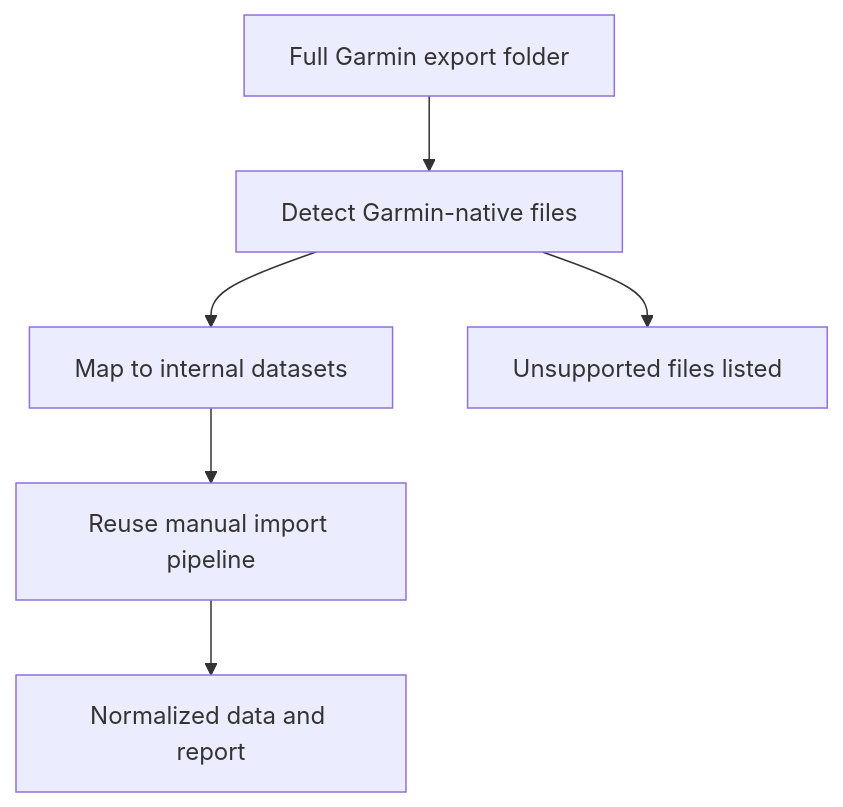
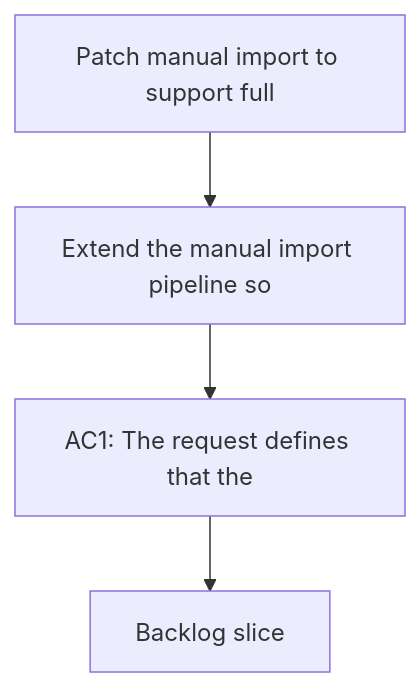
The diagram in logics/request/req_002_patch_manual_import_to_support_full_garmin_connect_export_shapes.md (Jilanos/Coach_garmin), drawn with Mermaid before and after one commit. The commit also changed other lines of this file and 86 other files, not shown here.

Commit message:
Harden chart UX and UTF-8 handling

````diff
--- a/logics/request/req_002_patch_manual_import_to_support_full_garmin_connect_export_shapes.md
+++ b/logics/request/req_002_patch_manual_import_to_support_full_garmin_connect_export_shapes.md
@@ -49,10 +49,8 @@
 ```mermaid
 %% logics-kind: request
-%% logics-signature: request|patch-manual-import-to-support-full-ga|full-garmin-export-folder-detected-->map-|ac1-the-request-defines-that-the-pa
+%% logics-signature: request|patch-manual-import-to-support-full-garm|extend-the-manual-import-pipeline-so|ac1-the-request-defines-that-the
 flowchart TD
-    Export[Full Garmin export folder] --> Detect[Detect Garmin-native files]
-    Detect --> Map[Map to internal datasets]
-    Map --> Import[Reuse manual import pipeline]
-    Import --> Output[Normalized data and report]
-    Detect --> Gaps[Unsupported files listed]
+    Trigger[Patch manual import to support full] --> Need[Extend the manual import pipeline so]
+    Need --> Outcome[AC1: The request defines that the]
+    Outcome --> Backlog[Backlog slice]
 ```
````
